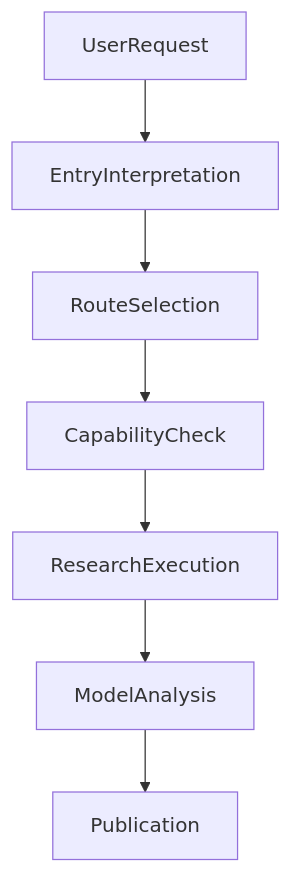
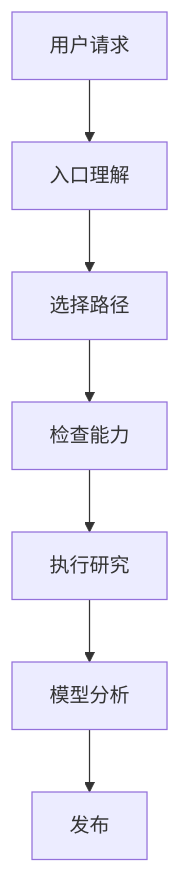
Before and after one commit to hpoenixf/eff-agent-article: the second of 6 diagrams in articles/022-agent-entry-from-intent-to-direct-research.md, drawn with Mermaid. The commit also changed other lines of this file and 52 other files, not shown here.

Commit message:
docs: localize diagrams and clarify flagship guides

````diff
--- a/articles/022-agent-entry-from-intent-to-direct-research.md
+++ b/articles/022-agent-entry-from-intent-to-direct-research.md
@@ -164,9 +164,9 @@
 ```mermaid
 graph TD
-UserRequest --> EntryInterpretation
-EntryInterpretation --> RouteSelection
-RouteSelection --> CapabilityCheck
-CapabilityCheck --> ResearchExecution
-ResearchExecution --> ModelAnalysis
-ModelAnalysis --> Publication
+UserRequest["用户请求"] --> EntryInterpretation["入口理解"]
+EntryInterpretation --> RouteSelection["选择路径"]
+RouteSelection --> CapabilityCheck["检查能力"]
+CapabilityCheck --> ResearchExecution["执行研究"]
+ResearchExecution --> ModelAnalysis["模型分析"]
+ModelAnalysis --> Publication["发布"]
 ```
````
